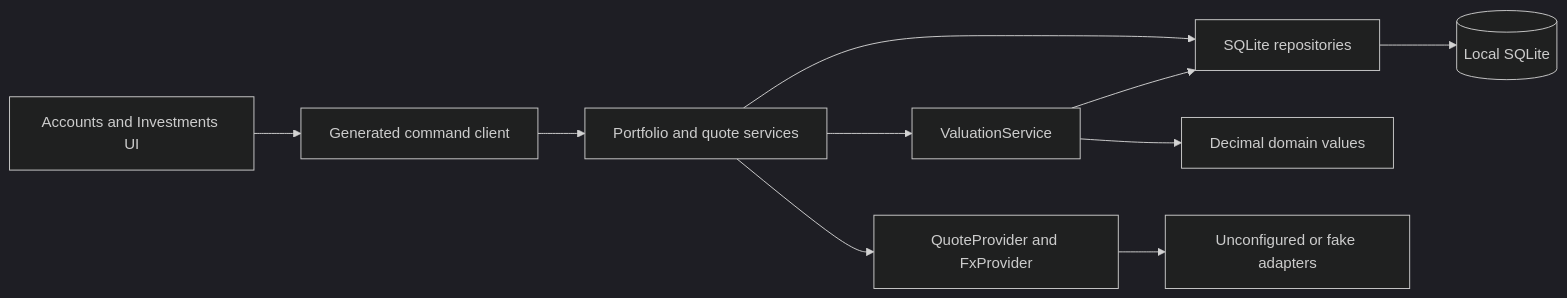
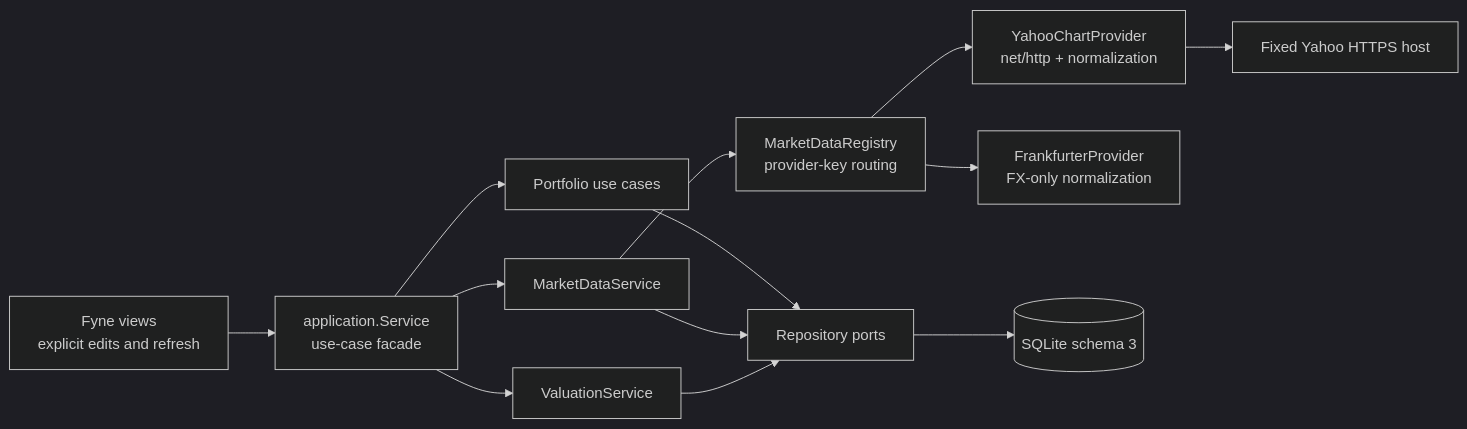
The diagram in docs/releases/v0.1.2-technical-design.md (MnemosyneLab/NestworthGo), drawn with Mermaid (dark theme) before and after one commit. The commit also changed other lines of this file and 96 other files, not shown here.

````diff
--- a/docs/releases/v0.1.2-technical-design.md
+++ b/docs/releases/v0.1.2-technical-design.md
@@ -15,12 +18,15 @@
 ```mermaid
 flowchart LR
-    UI["Accounts and Investments UI"] --> IPC["Generated command client"]
-    IPC --> App["Portfolio and quote services"]
-    App --> Valuation["ValuationService"]
-    App --> Providers["QuoteProvider and FxProvider"]
-    App --> Repositories["SQLite repositories"]
-    Valuation --> Domain["Decimal domain values"]
-    Valuation --> Repositories
-    Providers --> Remote["Unconfigured or fake adapters"]
-    Repositories --> DB[("Local SQLite")]
+    UI["Fyne views\nexplicit edits and refresh"] --> Facade["application.Service\nuse-case facade"]
+    Facade --> Portfolio["Portfolio use cases"]
+    Facade --> Market["MarketDataService"]
+    Facade --> Valuation["ValuationService"]
+    Market --> Registry["MarketDataRegistry\nprovider-key routing"]
+    Registry --> Yahoo["YahooChartProvider\nnet/http + normalization"]
+    Registry --> Frankfurter["FrankfurterProvider\nFX-only normalization"]
+    Portfolio --> Repo["Repository ports"]
+    Market --> Repo
+    Valuation --> Repo
+    Repo --> DB[("SQLite schema 3")]
+    Yahoo --> Remote["Fixed Yahoo HTTPS host"]
 ```
````
